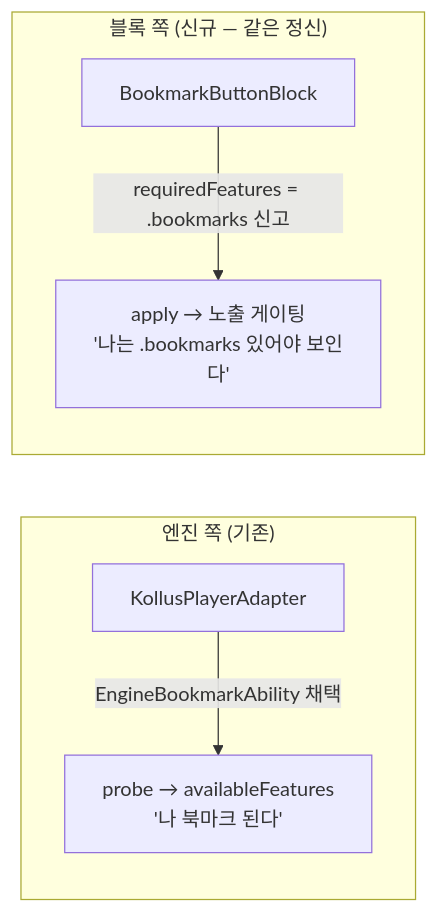
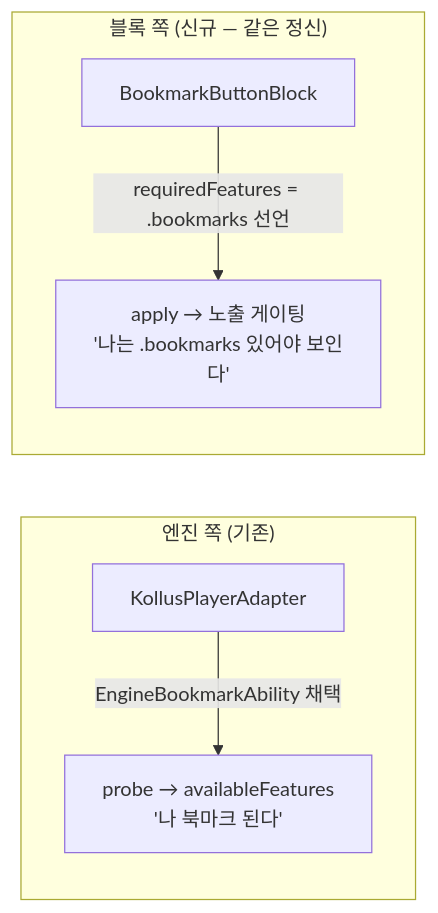
The fourth of 7 diagrams in docs/skin-feature-gating-redesign.md (megastudymobile/ms-videoplayer-ios), drawn with Mermaid before and after one commit. The commit also changed other lines of this file and 4 other files, not shown here.

````diff
--- a/docs/skin-feature-gating-redesign.md
+++ b/docs/skin-feature-gating-redesign.md
@@ -207,9 +207,9 @@
 ```mermaid
 flowchart LR
     subgraph EngineSide["엔진 쪽 (기존)"]
         E["KollusPlayerAdapter"] -->|"EngineBookmarkAbility 채택"| P1["probe → availableFeatures<br/>'나 북마크 된다'"]
     end
     subgraph BlockSide["블록 쪽 (신규 — 같은 정신)"]
-        B["BookmarkButtonBlock"] -->|"requiredFeatures = .bookmarks 신고"| P2["apply → 노출 게이팅<br/>'나는 .bookmarks 있어야 보인다'"]
+        B["BookmarkButtonBlock"] -->|"requiredFeatures = .bookmarks 선언"| P2["apply → 노출 게이팅<br/>'나는 .bookmarks 있어야 보인다'"]
     end
 ```
````
